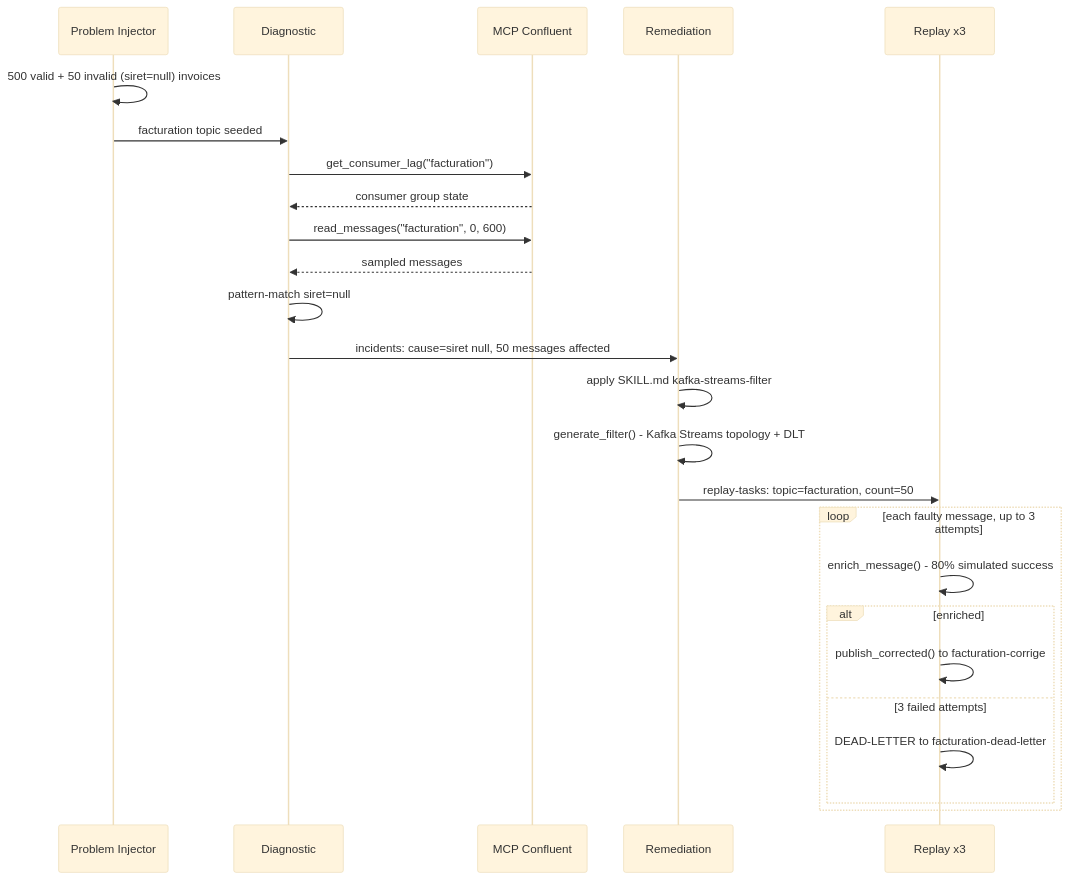
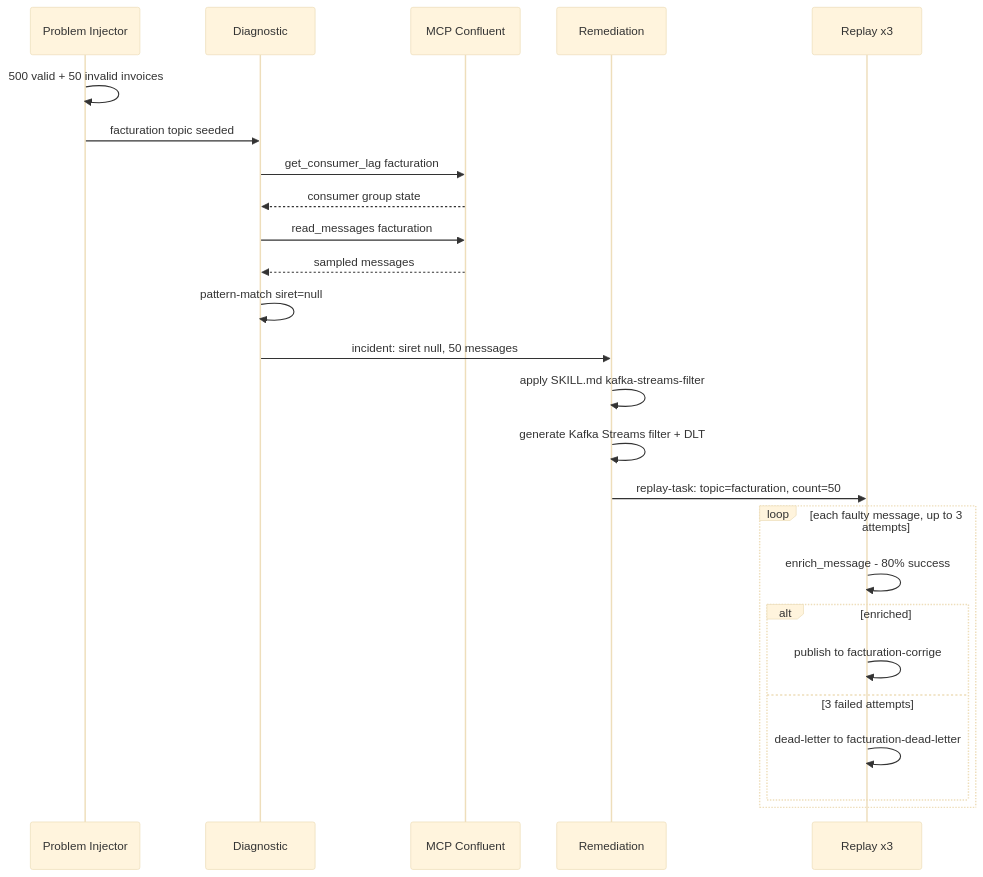
One commit to arabaaoui/kafka-ops-agents changed the second of 3 diagrams in README.md. Above: the diagram before and after it, drawn with Mermaid (base theme).

Commit message:
fix: remove parens and quotes from sequenceDiagram messages for GitHub Mermaid

````diff
--- a/README.md
+++ b/README.md
@@ -40,28 +40,28 @@
 ```mermaid
 sequenceDiagram
     participant PI as Problem Injector
     participant D as Diagnostic
     participant M as MCP Confluent
     participant R as Remediation
     participant P as Replay x3
 
-    PI->>PI: 500 valid + 50 invalid (siret=null) invoices
+    PI->>PI: 500 valid + 50 invalid invoices
     PI->>D: facturation topic seeded
-    D->>M: get_consumer_lag("facturation")
+    D->>M: get_consumer_lag facturation
     M-->>D: consumer group state
-    D->>M: read_messages("facturation", 0, 600)
+    D->>M: read_messages facturation
     M-->>D: sampled messages
     D->>D: pattern-match siret=null
-    D->>R: incidents: cause=siret null, 50 messages affected
+    D->>R: incident: siret null, 50 messages
     R->>R: apply SKILL.md kafka-streams-filter
-    R->>R: generate_filter() - Kafka Streams topology + DLT
-    R->>P: replay-tasks: topic=facturation, count=50
+    R->>R: generate Kafka Streams filter + DLT
+    R->>P: replay-task: topic=facturation, count=50
     loop each faulty message, up to 3 attempts
-        P->>P: enrich_message() - 80% simulated success
+        P->>P: enrich_message - 80% success
         alt enriched
-            P->>P: publish_corrected() to facturation-corrige
+            P->>P: publish to facturation-corrige
         else 3 failed attempts
-            P->>P: DEAD-LETTER to facturation-dead-letter
+            P->>P: dead-letter to facturation-dead-letter
         end
     end
 ```
````
